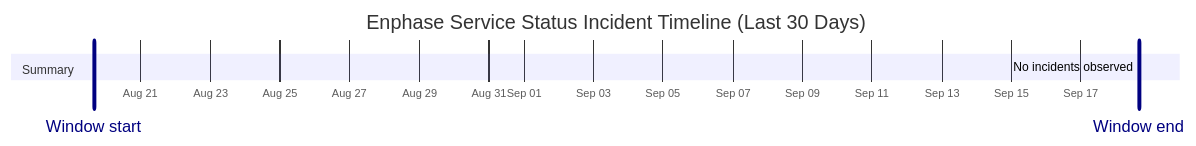
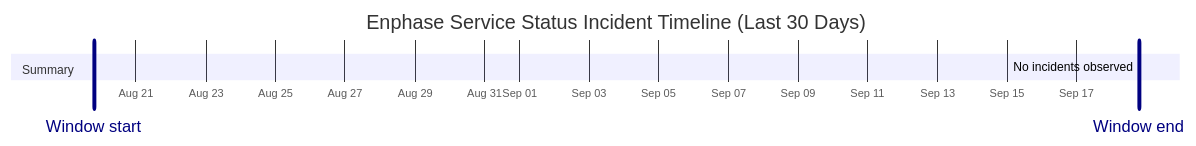
Before and after one commit to barneyonline/ha-enphase-energy: the diagram in wiki/Service-Status-History.md, drawn with Mermaid. The commit also changed other lines of this file and 3 other files, not shown here.

````diff
--- a/wiki/Service-Status-History.md
+++ b/wiki/Service-Status-History.md
@@ -14,10 +14,10 @@
 ```mermaid
 gantt
     title Enphase Service Status Incident Timeline (Last 30 Days)
     dateFormat  YYYY-MM-DDTHH:mm:ss
     axisFormat  %b %d
-    Window start :vert, window-start, 2026-08-19T15:51:44, 0ms
-    Window end :vert, window-end, 2026-09-18T15:51:44, 0ms
+    Window start :vert, window-start, 2026-08-19T18:52:24, 0ms
+    Window end :vert, window-end, 2026-09-18T18:52:24, 0ms
     section Summary
-    No incidents observed :done, 2026-09-18T15:51:44, 1m
+    No incidents observed :done, 2026-09-18T18:52:24, 1m
 ```
````
